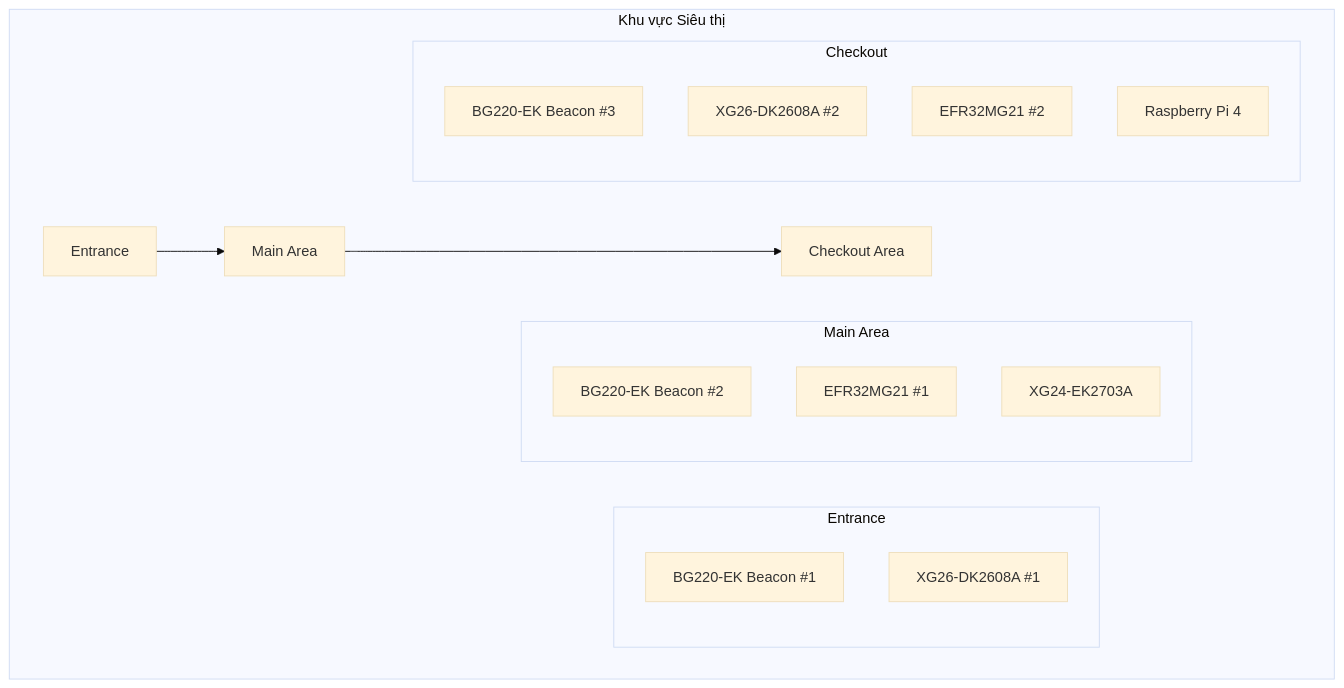
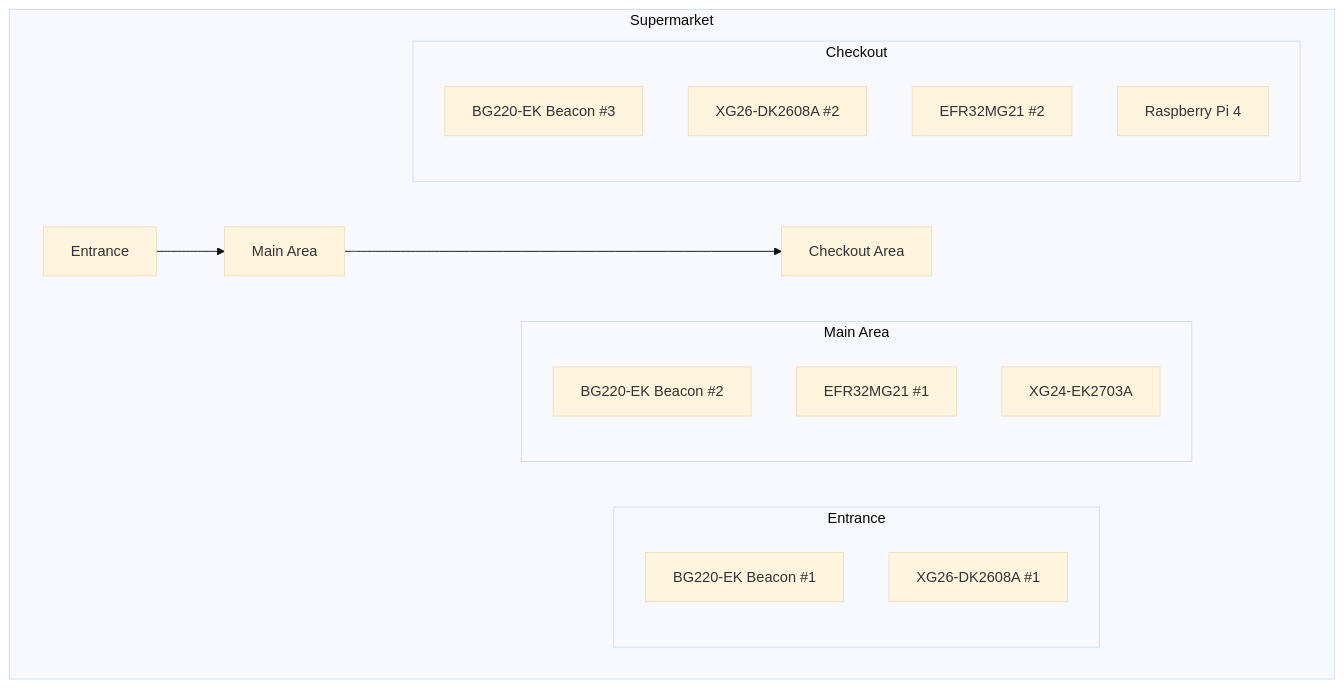
Before and after one commit to Luisnguyen1/SenEdge: the third of 16 diagrams in document_english_version/final_report.md, drawn with Mermaid (base theme). The commit also changed other lines of this file, not shown here.

````diff
--- a/document_english_version/final_report.md
+++ b/document_english_version/final_report.md
@@ -124,25 +124,25 @@
 ```mermaid
 graph TD
-    subgraph "Khu vực Siêu thị"
+    subgraph "Supermarket"
         A[Entrance] --> B[Main Area]
         B --> C[Checkout Area]
         
         subgraph "Entrance"
             D[BG220-EK Beacon #1]
             E[XG26-DK2608A #1]
         end
         
         subgraph "Main Area"
             F[BG220-EK Beacon #2]
             G[EFR32MG21 #1]
             H[XG24-EK2703A]
         end
         
         subgraph "Checkout"
             I[BG220-EK Beacon #3]
             J[XG26-DK2608A #2]
             K[EFR32MG21 #2]
             L[Raspberry Pi 4]
         end
     end
 ```
````
